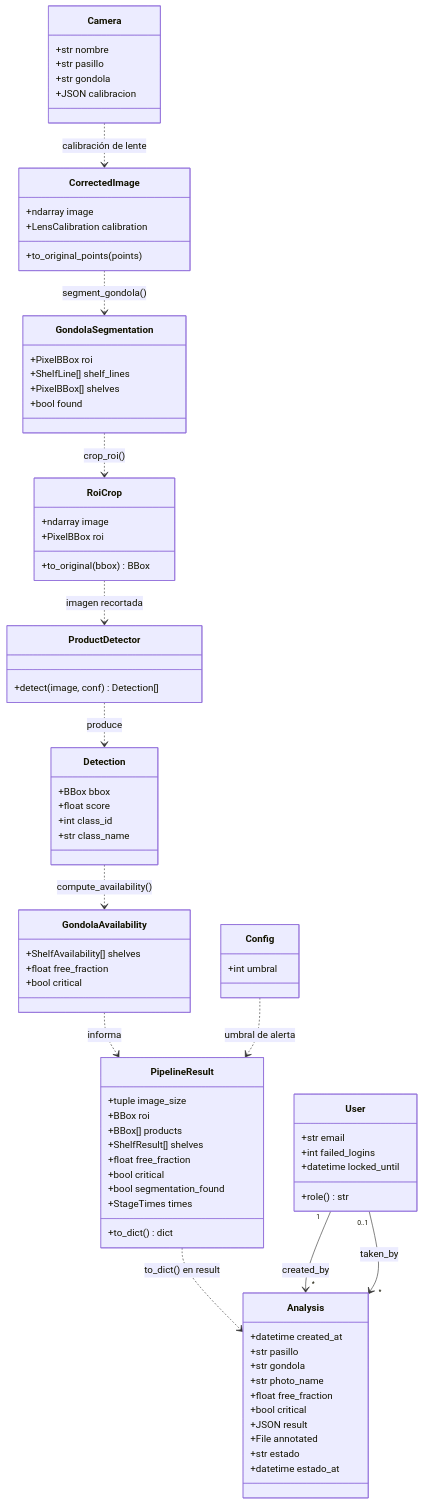
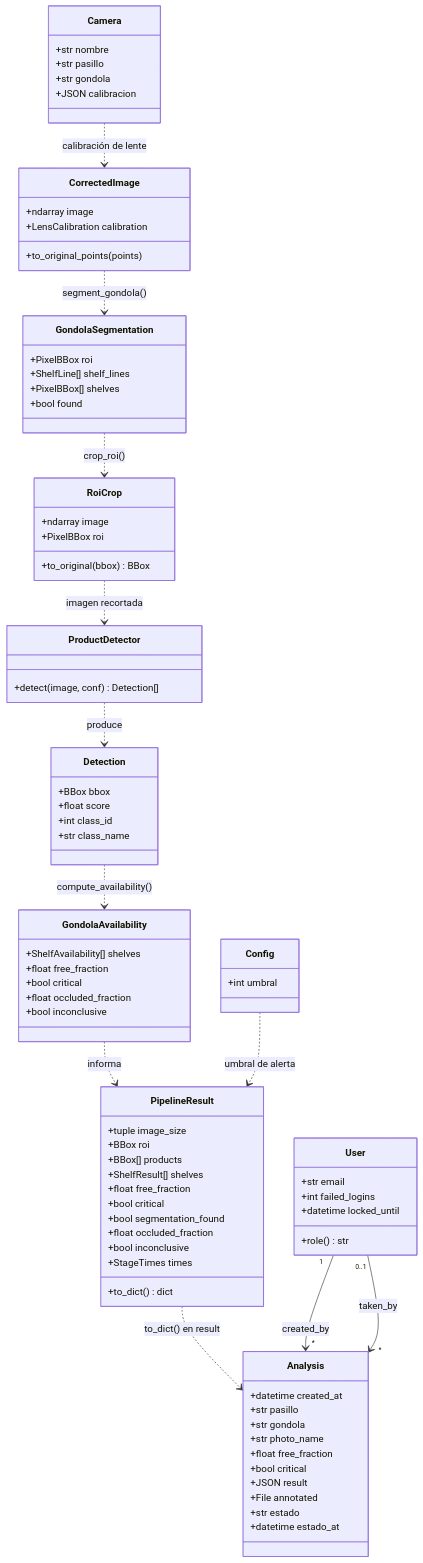
The diagram in Fase 2/Evidencias Proyecto/Evidencias de documentación/Diseño/Diagramas fuente (Mermaid)/Diagrama de Clases.mmd (marcianabun/capstone), drawn with Mermaid before and after one commit. The commit also changed 18 other files, not shown here.

First line of the commit message:
docs: revisa documentos, backlog y diagramas contra el repositorio (#90)

```diff
--- a/Fase 2/Evidencias Proyecto/Evidencias de documentación/Diseño/Diagramas fuente (Mermaid)/Diagrama de Clases.mmd
+++ b/Fase 2/Evidencias Proyecto/Evidencias de documentación/Diseño/Diagramas fuente (Mermaid)/Diagrama de Clases.mmd
@@ -1,84 +1,88 @@
 classDiagram
     direction TB
 
     class CorrectedImage {
         +ndarray image
         +LensCalibration calibration
         +to_original_points(points)
     }
     class GondolaSegmentation {
         +PixelBBox roi
         +ShelfLine[] shelf_lines
         +PixelBBox[] shelves
         +bool found
     }
     class RoiCrop {
         +ndarray image
         +PixelBBox roi
         +to_original(bbox) BBox
     }
     class Detection {
         +BBox bbox
         +float score
         +int class_id
         +str class_name
     }
     class ProductDetector {
         +detect(image, conf) Detection[]
     }
     class GondolaAvailability {
         +ShelfAvailability[] shelves
         +float free_fraction
         +bool critical
+        +float occluded_fraction
+        +bool inconclusive
     }
     class PipelineResult {
         +tuple image_size
         +BBox roi
         +BBox[] products
         +ShelfResult[] shelves
         +float free_fraction
         +bool critical
         +bool segmentation_found
+        +float occluded_fraction
+        +bool inconclusive
         +StageTimes times
         +to_dict() dict
     }
 
     class User {
         +str email
         +int failed_logins
         +datetime locked_until
         +role() str
     }
     class Analysis {
         +datetime created_at
         +str pasillo
         +str gondola
         +str photo_name
         +float free_fraction
         +bool critical
         +JSON result
         +File annotated
         +str estado
         +datetime estado_at
     }
     class Config {
         +int umbral
     }
     class Camera {
         +str nombre
         +str pasillo
         +str gondola
         +JSON calibracion
     }
 
     CorrectedImage ..> GondolaSegmentation : segment_gondola()
     GondolaSegmentation ..> RoiCrop : crop_roi()
     ProductDetector ..> Detection : produce
     RoiCrop ..> ProductDetector : imagen recortada
     Detection ..> GondolaAvailability : compute_availability()
     GondolaAvailability ..> PipelineResult : informa
     PipelineResult ..> Analysis : to_dict() en result
     User "1" --> "*" Analysis : created_by
     User "0..1" --> "*" Analysis : taken_by
     Config ..> PipelineResult : umbral de alerta
     Camera ..> CorrectedImage : calibración de lente
```
